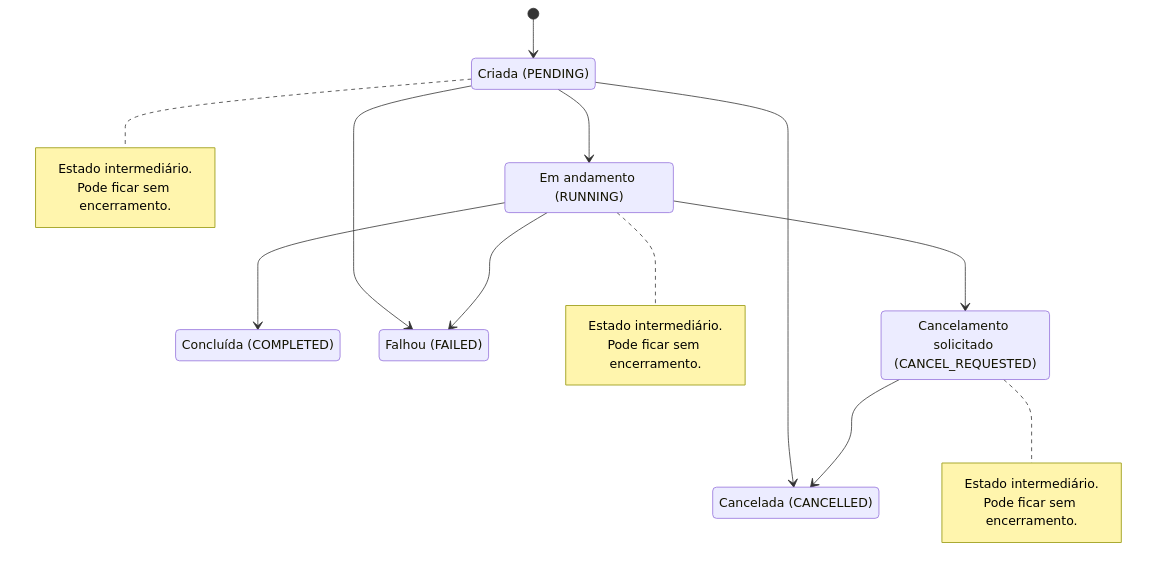
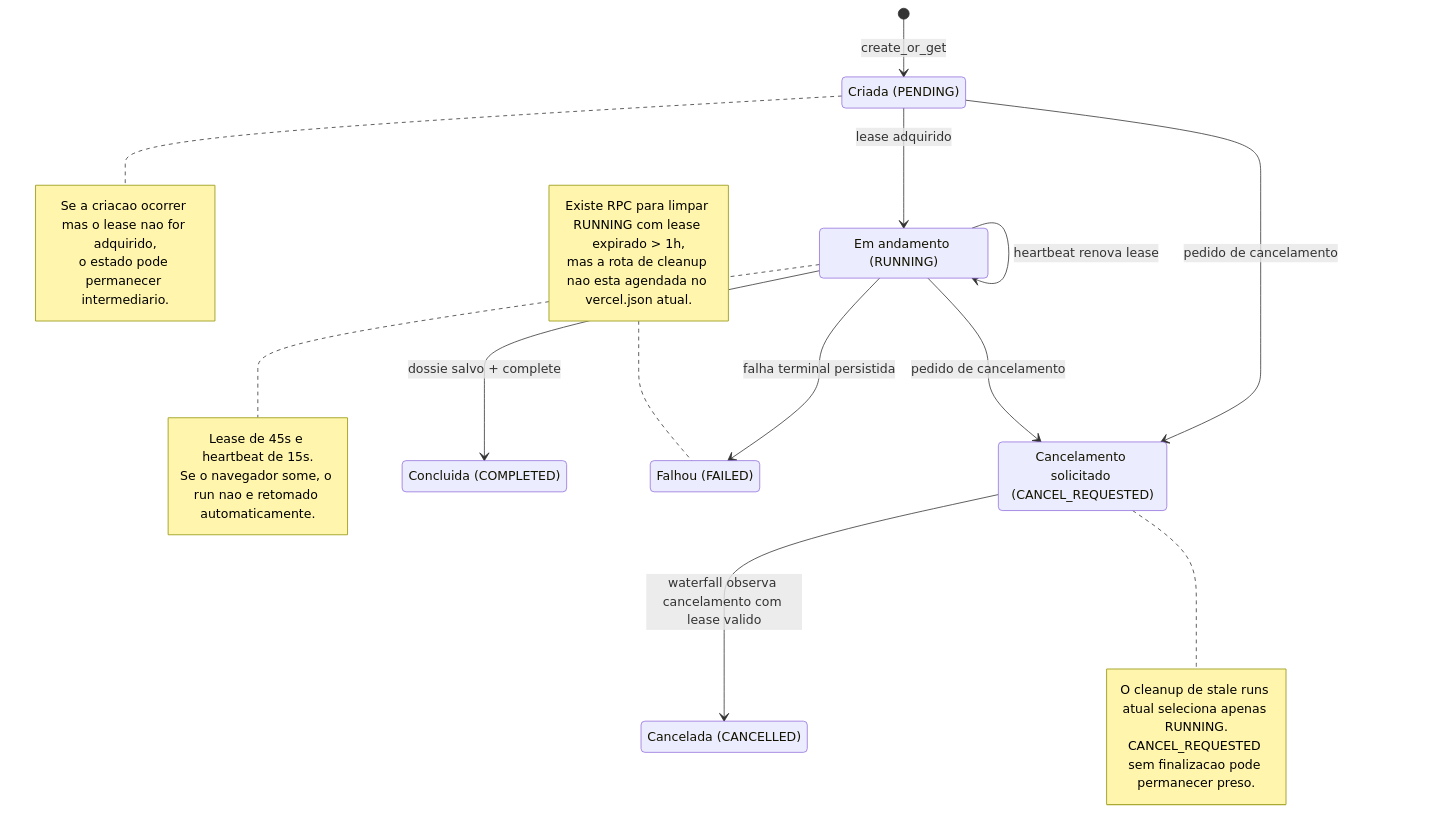
The diagram in docs/arquitetura/fotografia-atual/diagramas/06-estados-investigacao.mmd (brunolimaff-jpg/NOVO-APP), drawn with Mermaid before and after one commit.

Commit message:
docs(arquitetura): corrigir maquina de estados do lifecycle

```diff
--- a/docs/arquitetura/fotografia-atual/diagramas/06-estados-investigacao.mmd
+++ b/docs/arquitetura/fotografia-atual/diagramas/06-estados-investigacao.mmd
@@ -1,31 +1,36 @@
 stateDiagram-v2
     state "Criada (PENDING)" as PENDING
     state "Em andamento (RUNNING)" as RUNNING
-    state "Concluída (COMPLETED)" as COMPLETED
+    state "Cancelamento solicitado (CANCEL_REQUESTED)" as CANCEL_REQUESTED
+    state "Concluida (COMPLETED)" as COMPLETED
     state "Falhou (FAILED)" as FAILED
-    state "Cancelamento solicitado (CANCEL_REQUESTED)" as CANCEL_REQUESTED
     state "Cancelada (CANCELLED)" as CANCELLED
 
-    [*] --> PENDING
-    PENDING --> RUNNING
-    RUNNING --> COMPLETED
-    RUNNING --> FAILED
-    RUNNING --> CANCEL_REQUESTED
-    CANCEL_REQUESTED --> CANCELLED
-    PENDING --> FAILED
-    PENDING --> CANCELLED
+    [*] --> PENDING: create_or_get
+    PENDING --> RUNNING: lease adquirido
+    PENDING --> CANCEL_REQUESTED: pedido de cancelamento
+    RUNNING --> RUNNING: heartbeat renova lease
+    RUNNING --> CANCEL_REQUESTED: pedido de cancelamento
+    RUNNING --> COMPLETED: dossie salvo + complete
+    RUNNING --> FAILED: falha terminal persistida
+    CANCEL_REQUESTED --> CANCELLED: waterfall observa cancelamento com lease valido
 
     note right of PENDING
-      Estado intermediário.
-      Pode ficar sem encerramento.
+      Se a criacao ocorrer mas o lease nao for adquirido,
+      o estado pode permanecer intermediario.
     end note
 
     note right of RUNNING
-      Estado intermediário.
-      Pode ficar sem encerramento.
+      Lease de 45s e heartbeat de 15s.
+      Se o navegador some, o run nao e retomado automaticamente.
     end note
 
     note right of CANCEL_REQUESTED
-      Estado intermediário.
-      Pode ficar sem encerramento.
+      O cleanup de stale runs atual seleciona apenas RUNNING.
+      CANCEL_REQUESTED sem finalizacao pode permanecer preso.
     end note
+
+    note left of FAILED
+      Existe RPC para limpar RUNNING com lease expirado > 1h,
+      mas a rota de cleanup nao esta agendada no vercel.json atual.
+    end note
```
